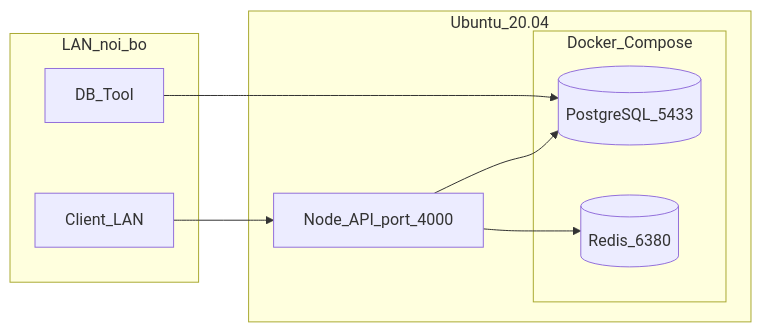
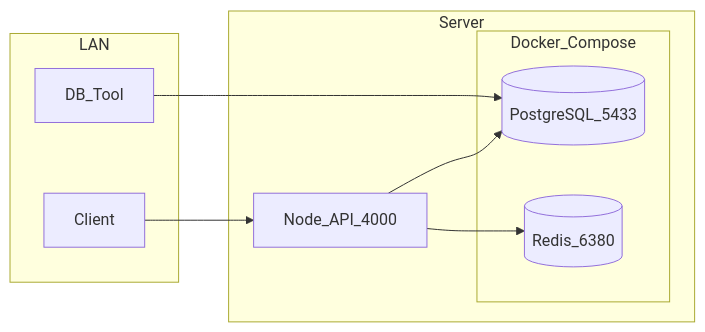
The diagram in docs/deploy-internal-server.md (sonbkt303/ai-orchestrator), drawn with Mermaid before and after one commit. The commit also changed other lines of this file and 5 other files, not shown here.

````diff
--- a/docs/deploy-internal-server.md
+++ b/docs/deploy-internal-server.md
@@ -13,18 +11,18 @@
 ```mermaid
 flowchart LR
-  subgraph lan [LAN_noi_bo]
-    Client[Client_LAN]
-    DBeaver[DB_Tool]
+  subgraph lan [LAN]
+    Client[Client]
+    DBTool[DB_Tool]
   end
-  subgraph server [Ubuntu_20.04]
-    App[Node_API_port_4000]
+  subgraph server [Server]
+    App[Node_API_4000]
     subgraph docker [Docker_Compose]
       PG[(PostgreSQL_5433)]
       Redis[(Redis_6380)]
     end
   end
   Client --> App
-  DBeaver --> PG
+  DBTool --> PG
   App --> PG
   App --> Redis
 ```
````
